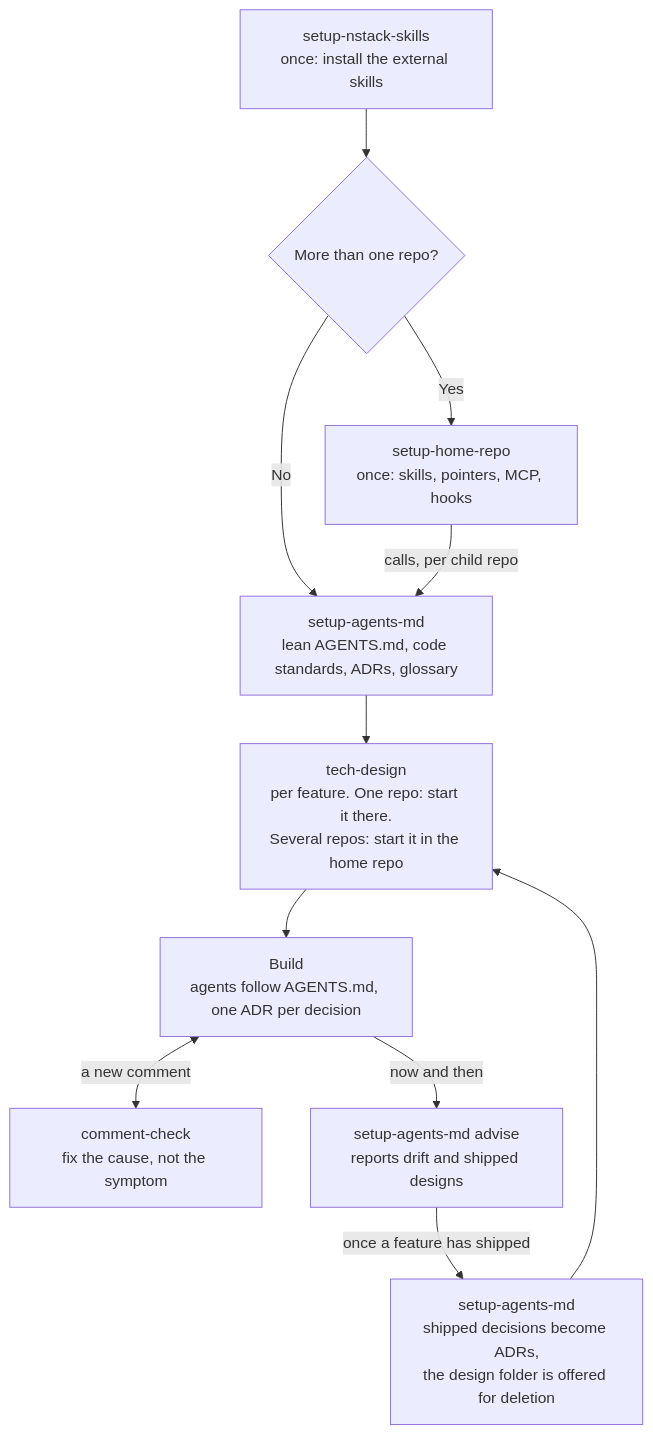
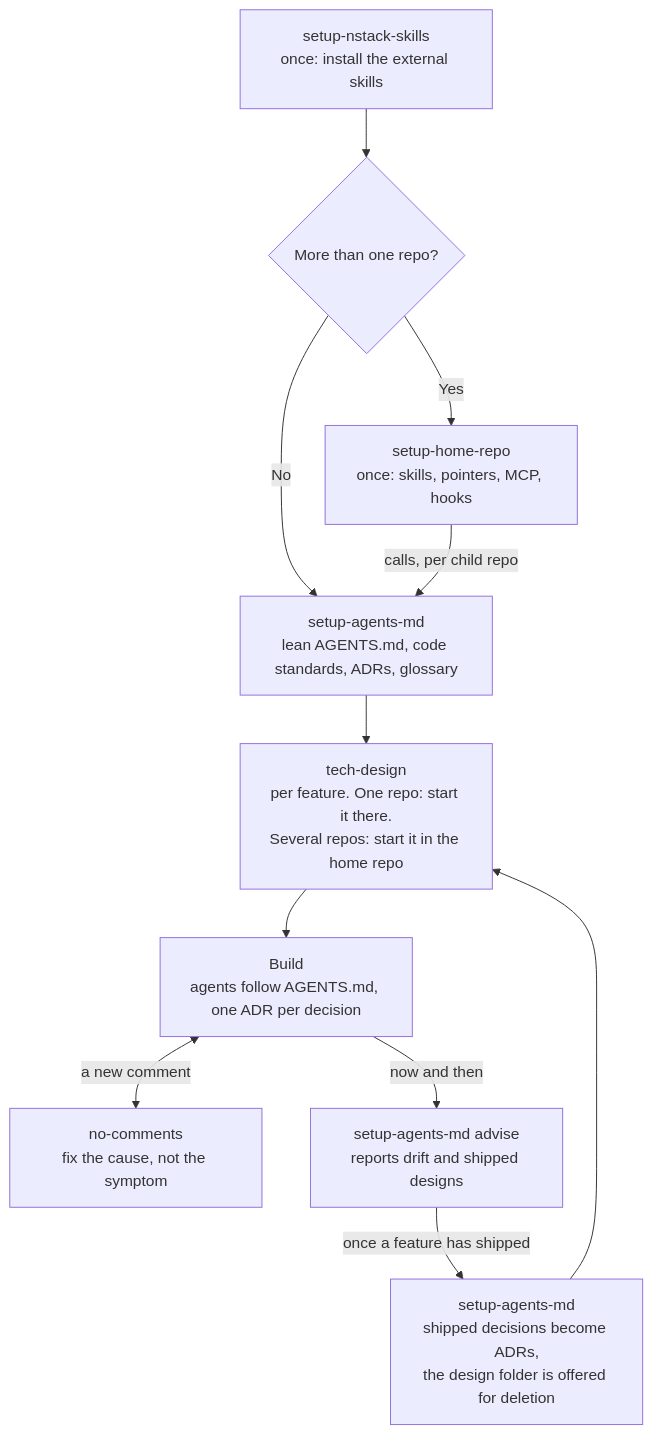
The diagram in README.md (svennijhuis/nstack), drawn with Mermaid before and after one commit. The commit also changed other lines of this file and 6 other files, not shown here.

First line of the commit message:
Rename comment-check to no-comments, say the rule plainly

````diff
--- a/README.md
+++ b/README.md
@@ -18,13 +18,13 @@
 ```mermaid
 flowchart TD
     A[setup-nstack-skills<br/>once: install the external skills] --> B{More than one repo?}
     B -->|Yes| C[setup-home-repo<br/>once: skills, pointers, MCP, hooks]
     B -->|No| D
     C -->|calls, per child repo| D[setup-agents-md<br/>lean AGENTS.md, code standards, ADRs, glossary]
     D --> E[tech-design<br/>per feature. One repo: start it there.<br/>Several repos: start it in the home repo]
     E --> F[Build<br/>agents follow AGENTS.md, one ADR per decision]
-    F <-->|a new comment| R[comment-check<br/>fix the cause, not the symptom]
+    F <-->|a new comment| R[no-comments<br/>fix the cause, not the symptom]
     F -->|now and then| G[setup-agents-md advise<br/>reports drift and shipped designs]
     G -->|once a feature has shipped| H[setup-agents-md<br/>shipped decisions become ADRs,<br/>the design folder is offered for deletion]
     H --> E
 ```
````
